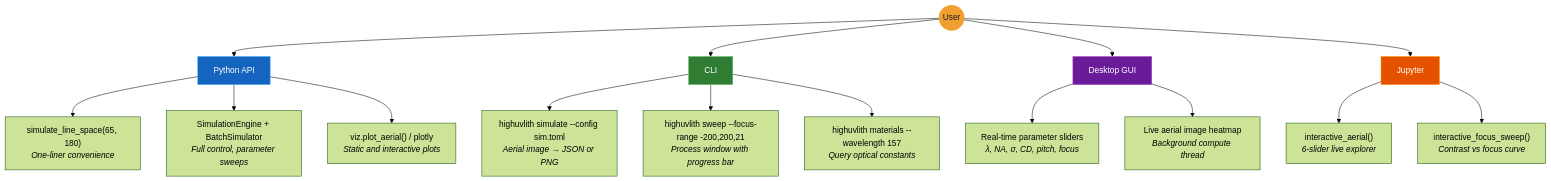
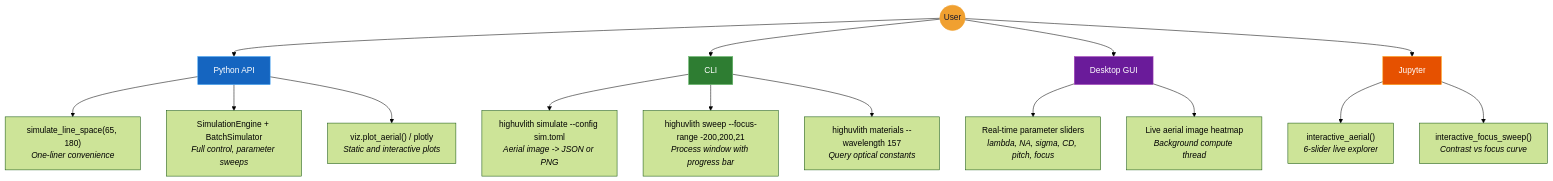
Before and after one commit to EMinsight/highuvlith: the seventh of 8 diagrams in README.md, drawn with Mermaid (forest theme). The commit also changed other lines of this file and 72 other files, not shown here.

````diff
--- a/README.md
+++ b/README.md
@@ -193,27 +210,27 @@
 ```mermaid
 graph TB
     U((User)) --> P["Python API"]
     U --> C["CLI"]
     U --> G["Desktop GUI"]
     U --> J["Jupyter"]
 
     P --> P1["simulate_line_space(65, 180)<br/><i>One-liner convenience</i>"]
     P --> P2["SimulationEngine + BatchSimulator<br/><i>Full control, parameter sweeps</i>"]
     P --> P3["viz.plot_aerial() / plotly<br/><i>Static and interactive plots</i>"]
 
-    C --> C1["highuvlith simulate --config sim.toml<br/><i>Aerial image → JSON or PNG</i>"]
+    C --> C1["highuvlith simulate --config sim.toml<br/><i>Aerial image -> JSON or PNG</i>"]
     C --> C2["highuvlith sweep --focus-range -200,200,21<br/><i>Process window with progress bar</i>"]
     C --> C3["highuvlith materials --wavelength 157<br/><i>Query optical constants</i>"]
 
-    G --> G1["Real-time parameter sliders<br/><i>λ, NA, σ, CD, pitch, focus</i>"]
+    G --> G1["Real-time parameter sliders<br/><i>lambda, NA, sigma, CD, pitch, focus</i>"]
     G --> G2["Live aerial image heatmap<br/><i>Background compute thread</i>"]
 
     J --> J1["interactive_aerial()<br/><i>6-slider live explorer</i>"]
     J --> J2["interactive_focus_sweep()<br/><i>Contrast vs focus curve</i>"]
 
     style U fill:#f0a030,stroke:#f0a030,color:#1a1a2e
     style P fill:#1565c0,stroke:#42a5f5,color:#fff
     style C fill:#2e7d32,stroke:#66bb6a,color:#fff
     style G fill:#6a1b9a,stroke:#ab47bc,color:#fff
     style J fill:#e65100,stroke:#ff9800,color:#fff
 ```
````
